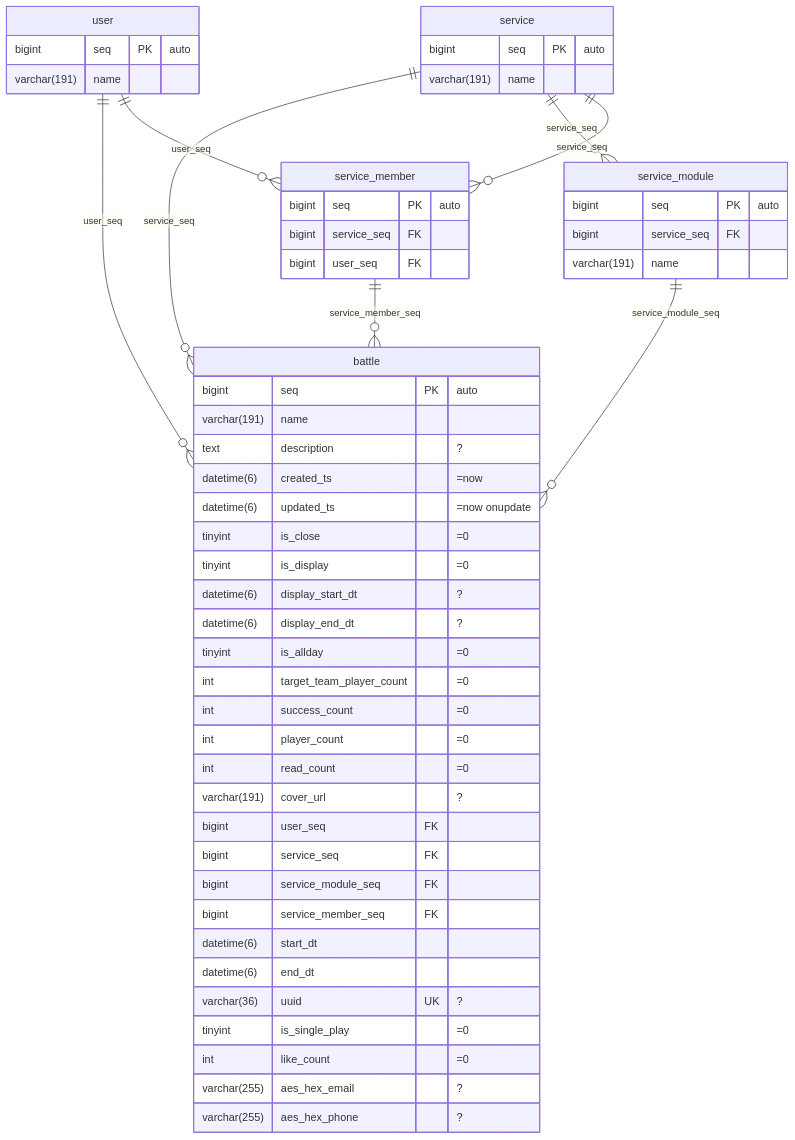
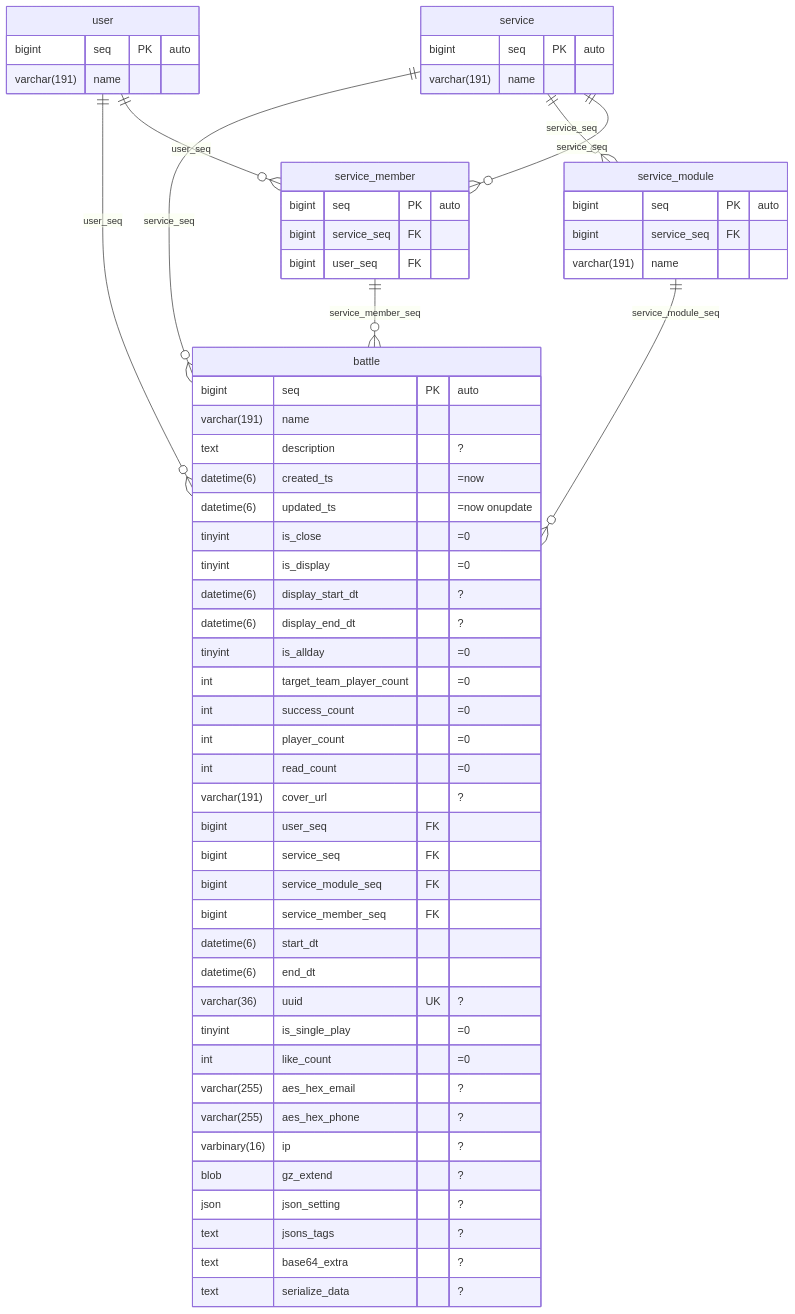
One commit to polyspec/orm changed the diagram in schema/bench.mmd. Above: the diagram before and after it, drawn with Mermaid. The commit also changed 46 other files, not shown here.

Commit message:
feat: S2 codecs: json/serialize/base64/gz in 3 executors (PHP-serialize compatible), styled columns typed any/Value/mixed, codec vectors 60x3, conformance codec_roundtrip (16x3 identical); checklist rewritten with parallel lanes

```diff
--- a/schema/bench.mmd
+++ b/schema/bench.mmd
@@ -1,59 +1,65 @@
 erDiagram
   battle {
     bigint        seq                      PK  "auto"
     varchar(191)  name
     text          description                  "?"
     datetime(6)   created_ts                   "=now"
     datetime(6)   updated_ts                   "=now onupdate"
     tinyint       is_close                     "=0"
     tinyint       is_display                   "=0"
     datetime(6)   display_start_dt             "?"
     datetime(6)   display_end_dt               "?"
     tinyint       is_allday                    "=0"
     int           target_team_player_count     "=0"
     int           success_count                "=0"
     int           player_count                 "=0"
     int           read_count                   "=0"
     varchar(191)  cover_url                    "?"
     bigint        user_seq                 FK
     bigint        service_seq              FK
     bigint        service_module_seq       FK
     bigint        service_member_seq       FK
     datetime(6)   start_dt
     datetime(6)   end_dt
     varchar(36)   uuid                     UK  "?"
     tinyint       is_single_play               "=0"
     int           like_count                   "=0"
     varchar(255)  aes_hex_email                "?"
     varchar(255)  aes_hex_phone                "?"
+    varbinary(16) ip                           "?"
+    blob          gz_extend                    "?"
+    json          json_setting                 "?"
+    text          jsons_tags                   "?"
+    text          base64_extra                 "?"
+    text          serialize_data               "?"
   }
   user {
     bigint        seq   PK "auto"
     varchar(191)  name
   }
   service {
     bigint        seq   PK "auto"
     varchar(191)  name
   }
   service_module {
     bigint        seq   PK "auto"
     bigint        service_seq FK
     varchar(191)  name
   }
   service_member {
     bigint        seq   PK "auto"
     bigint        service_seq FK
     bigint        user_seq    FK
   }
 
   user           ||--o{ battle         : user_seq
   service        ||--o{ battle         : service_seq
   service_module ||--o{ battle         : service_module_seq
   service_member ||--o{ battle         : service_member_seq
   service        ||--o{ service_module : service_seq
   service        ||--o{ service_member : service_seq
   user           ||--o{ service_member : user_seq
 
   %% index battle (service_module_seq, is_close, is_display, is_allday) ik
   %% index battle (service_seq, is_close) ix_service
   %% index battle (user_seq, is_close) ix_user
```
